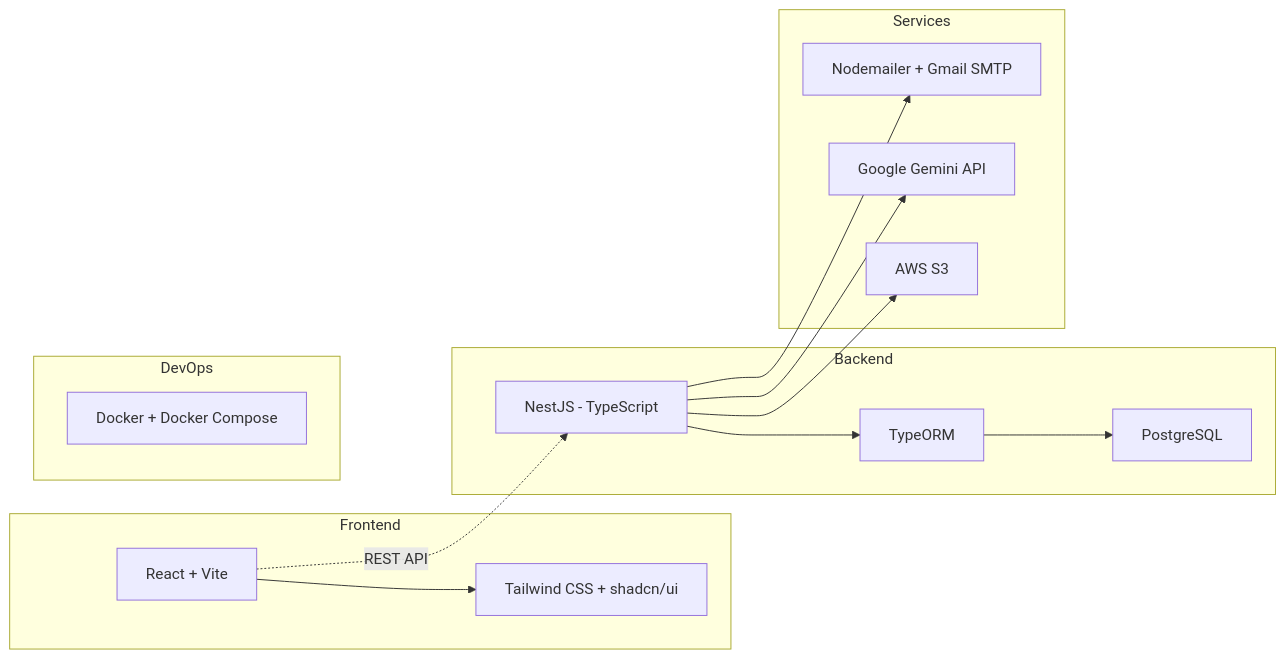
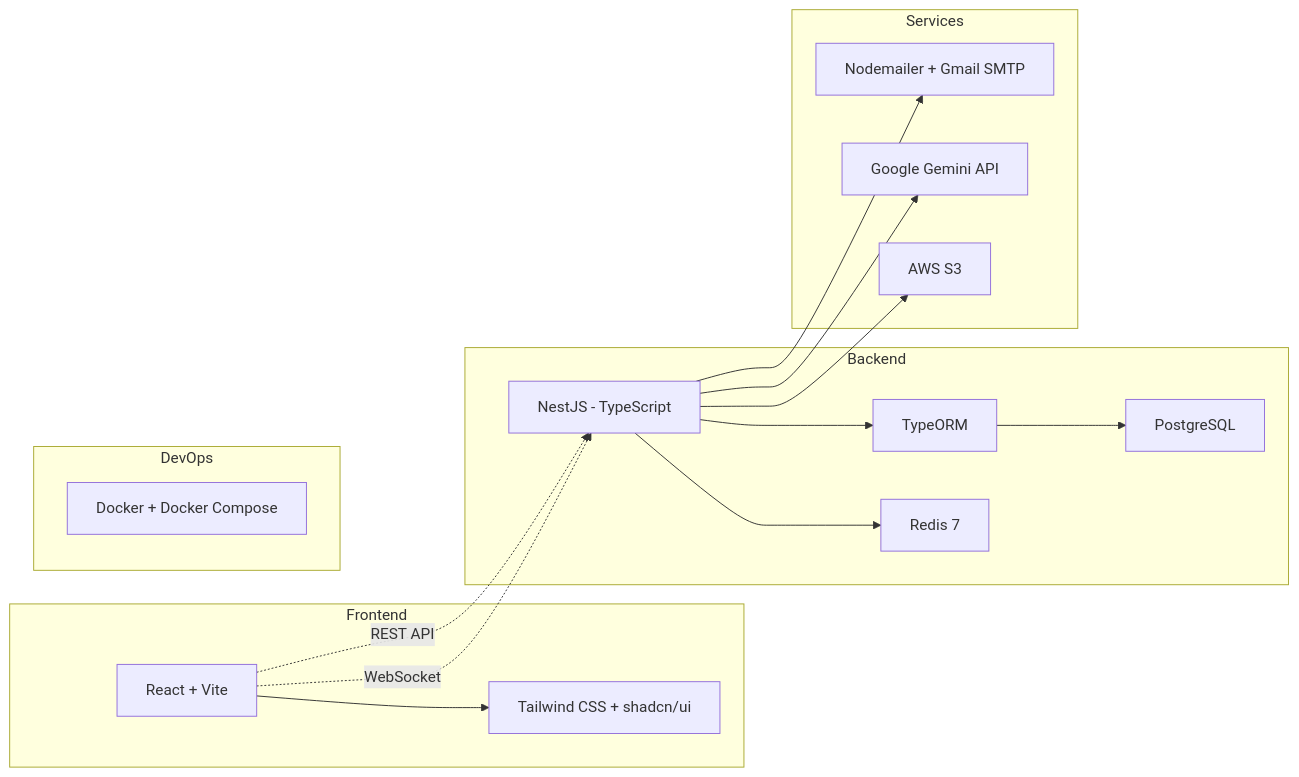
The diagram in docs/architecture/tech-stack.md (dunghvd79/eduverse), drawn with Mermaid before and after one commit. The commit also changed other lines of this file and 3 other files, not shown here.

````diff
--- a/docs/architecture/tech-stack.md
+++ b/docs/architecture/tech-stack.md
@@ -10,22 +11,24 @@
 ```mermaid
 flowchart LR
     subgraph Frontend
         A["React + Vite"] --> B["Tailwind CSS + shadcn/ui"]
     end
     subgraph Backend
         C["NestJS - TypeScript"] --> D["TypeORM"]
         D --> E["PostgreSQL"]
+        C --> R["Redis 7"]
     end
     subgraph Services
         F["Nodemailer + Gmail SMTP"]
         G["Google Gemini API"]
         H["AWS S3"]
     end
     subgraph DevOps
         I["Docker + Docker Compose"]
     end
     A -.->|REST API| C
+    A -.->|WebSocket| C
     C --> F
     C --> G
     C --> H
 ```
````
